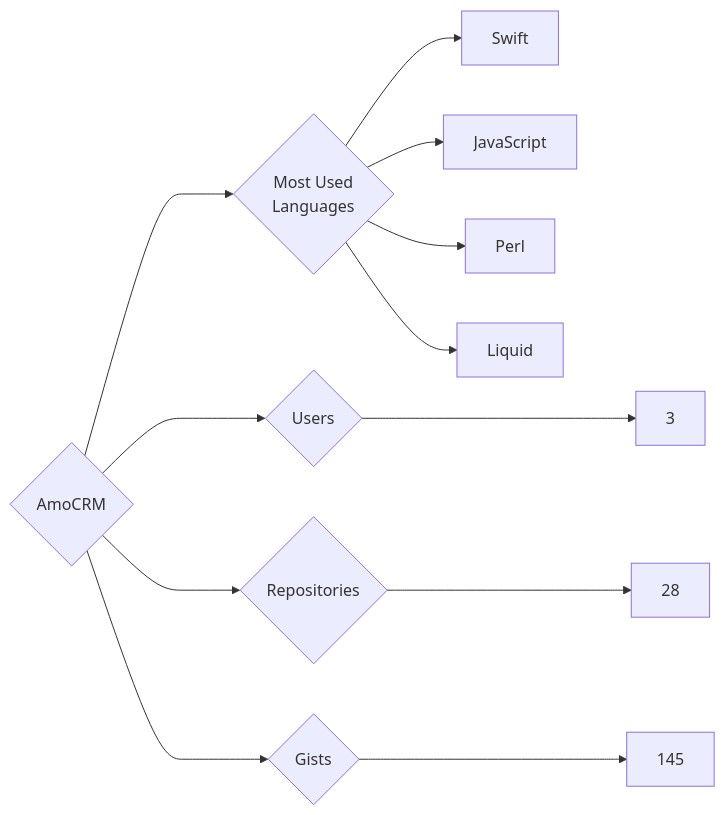
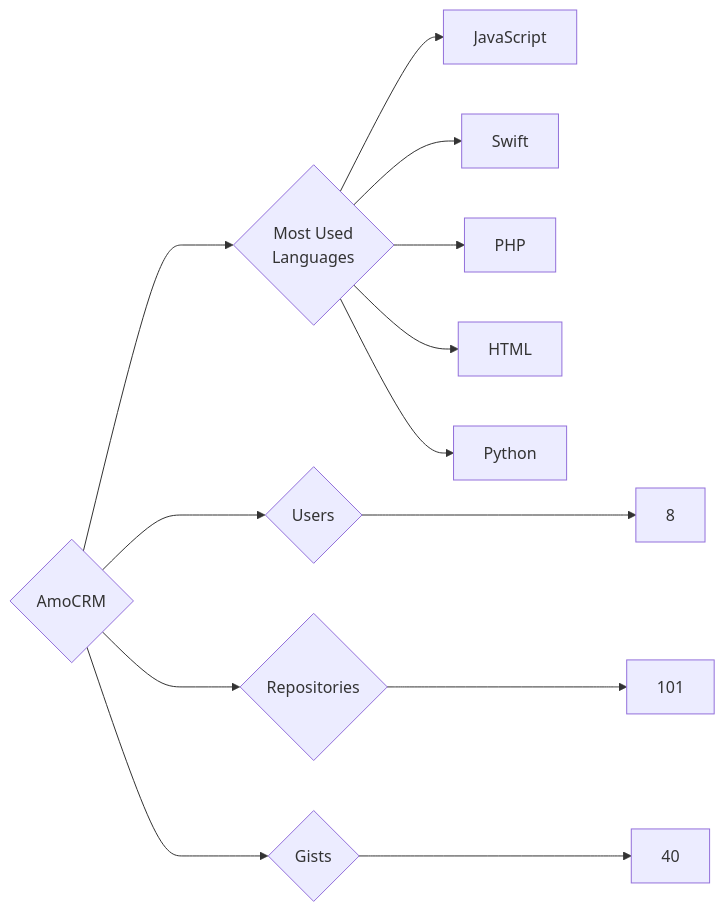
The diagram in targets/AmoCRM/README.md (trickest/insiders), drawn with Mermaid before and after one commit. The commit also changed 699 other files, not shown here.

````diff
--- a/targets/AmoCRM/README.md
+++ b/targets/AmoCRM/README.md
@@ -3,12 +3,13 @@
 ```mermaid
 graph LR
 COMPANY_NAME{AmoCRM}
-COMPANY_NAME ---> U{Users} ---> UN[3]
-COMPANY_NAME ---> R{Repositories} ---> RN[28]
-COMPANY_NAME ---> G{Gists} ---> GN[145]
+COMPANY_NAME ---> U{Users} ---> UN[8]
+COMPANY_NAME ---> R{Repositories} ---> RN[101]
+COMPANY_NAME ---> G{Gists} ---> GN[40]
 COMPANY_NAME ---> ML{Most Used<br>Languages}
+ML --> JavaScript[JavaScript]
 ML --> Swift[Swift]
-ML --> JavaScript[JavaScript]
-ML --> Perl[Perl]
-ML --> Liquid[Liquid]
+ML --> PHP[PHP]
+ML --> HTML[HTML]
+ML --> Python[Python]
 ```
````
